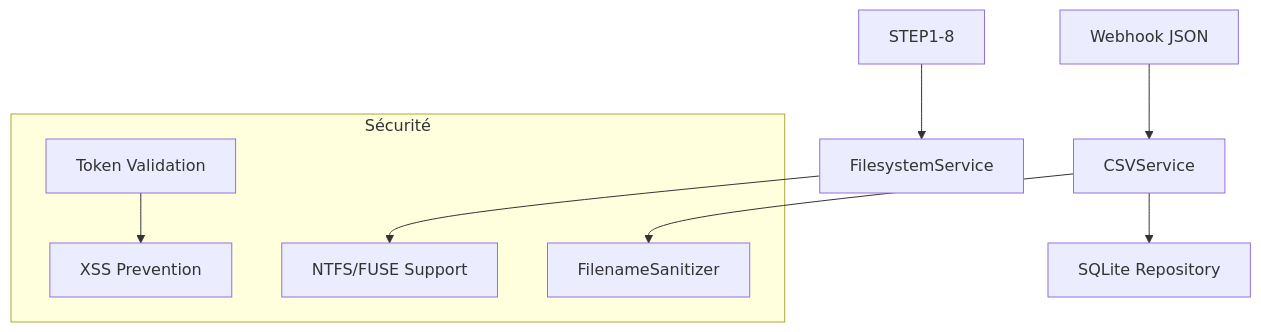
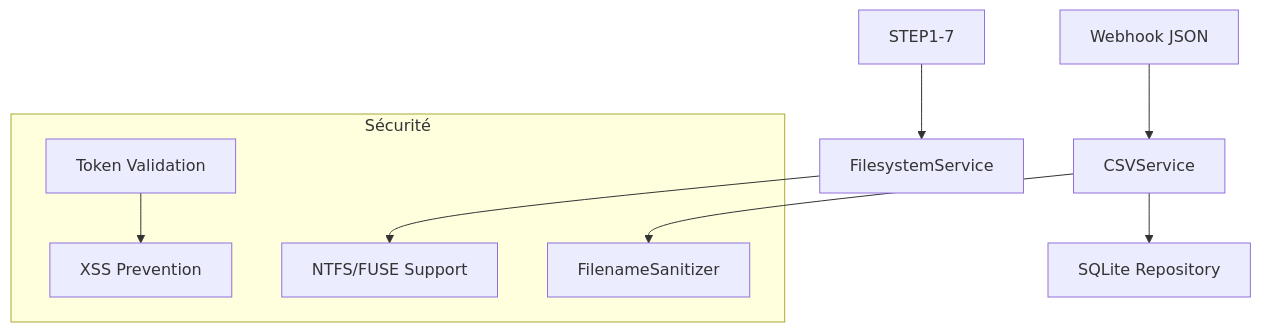
Before and after one commit to ki2pixel/workflow_mediapipe: the diagram in docs/workflow/ops/security.md, drawn with Mermaid. The commit also changed other lines of this file and 73 other files, not shown here.

````diff
--- a/docs/workflow/ops/security.md
+++ b/docs/workflow/ops/security.md
@@ -421,17 +421,17 @@
 ```mermaid
 graph TD
     A[Webhook JSON] --> B[CSVService]
     B --> C[SQLite Repository]
-    D[STEP1-8] --> E[FilesystemService]
+    D[STEP1-7] --> E[FilesystemService]
     
     subgraph "Sécurité"
         F[FilenameSanitizer]
         G[Token Validation]
         H[XSS Prevention]
         I[NTFS/FUSE Support]
     end
     
     B --> F
     E --> I
     G --> H
 ```
````
